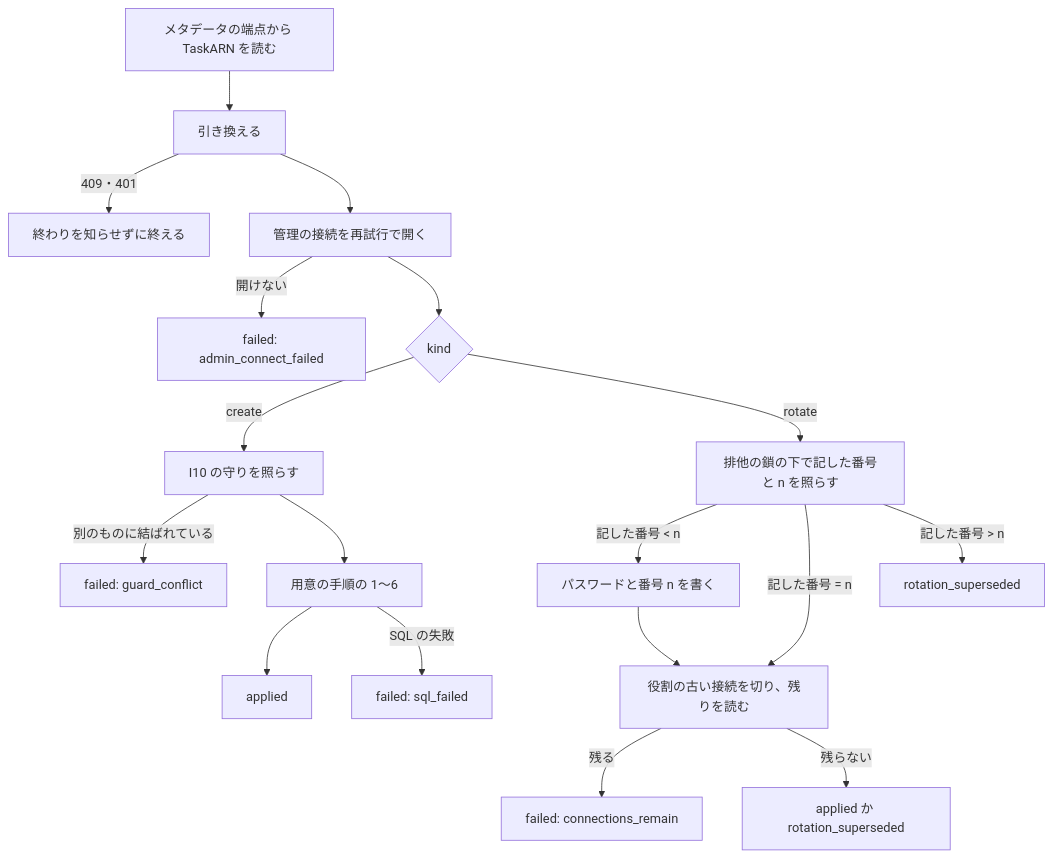
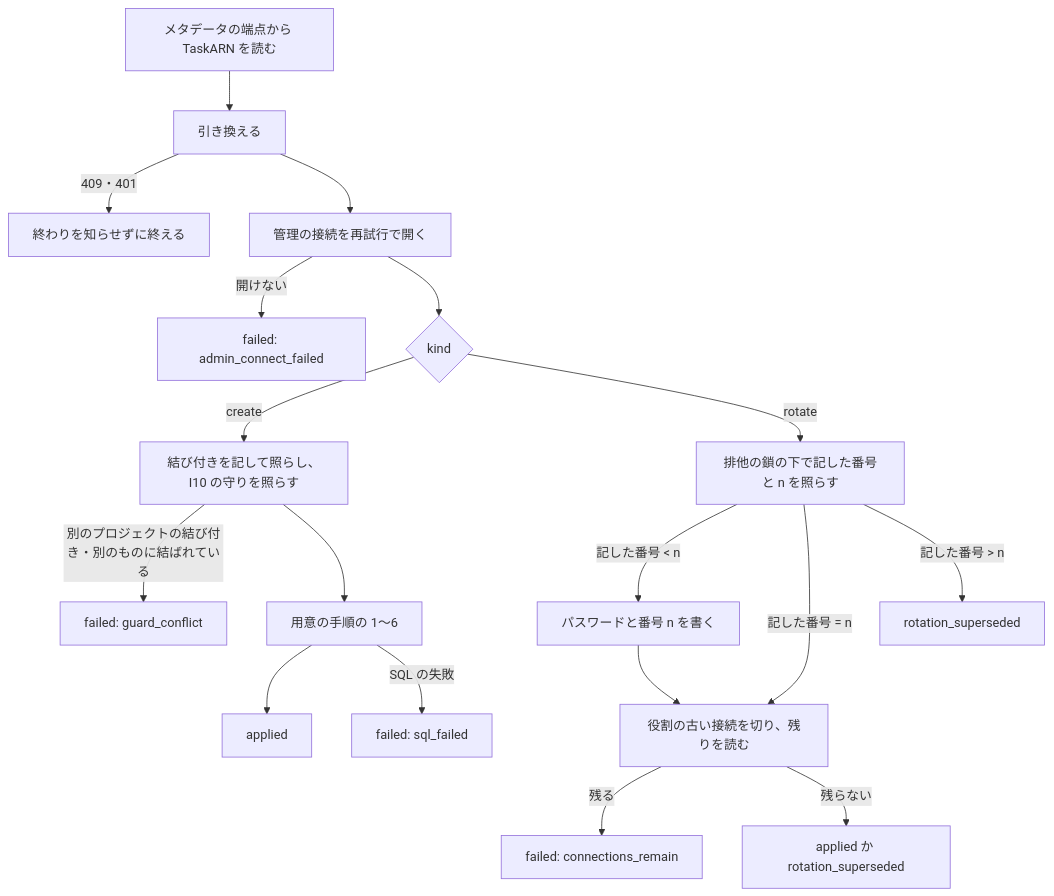
Before and after one commit to devbasex/nd-factory: the third of 4 diagrams in issues/issue-13-design.md, drawn with Mermaid. The commit also changed other lines of this file and 1 other file, not shown here.

````diff
--- a/issues/issue-13-design.md
+++ b/issues/issue-13-design.md
@@ -182,19 +182,19 @@
 ```mermaid
 flowchart TD
     A[メタデータの端点から TaskARN を読む] --> B[引き換える]
     B -->|409・401| X[終わりを知らせずに終える]
     B --> C[管理の接続を再試行で開く]
     C -->|開けない| F1[failed: admin_connect_failed]
     C --> D{kind}
-    D -->|create| G[I10 の守りを照らす]
-    G -->|別のものに結ばれている| F2[failed: guard_conflict]
+    D -->|create| G[結び付きを記して照らし、I10 の守りを照らす]
+    G -->|別のプロジェクトの結び付き・別のものに結ばれている| F2[failed: guard_conflict]
     G --> H[用意の手順の 1〜6]
     H --> OK[applied]
     D -->|rotate| R[排他の鎖の下で記した番号と n を照らす]
     R -->|記した番号 < n| W[パスワードと番号 n を書く] --> K[役割の古い接続を切り、残りを読む]
     R -->|記した番号 = n| K
     R -->|記した番号 > n| S[rotation_superseded]
     K -->|残る| F3[failed: connections_remain]
     K -->|残らない| OK2[applied か rotation_superseded]
     H -->|SQL の失敗| F4[failed: sql_failed]
 ```
````
